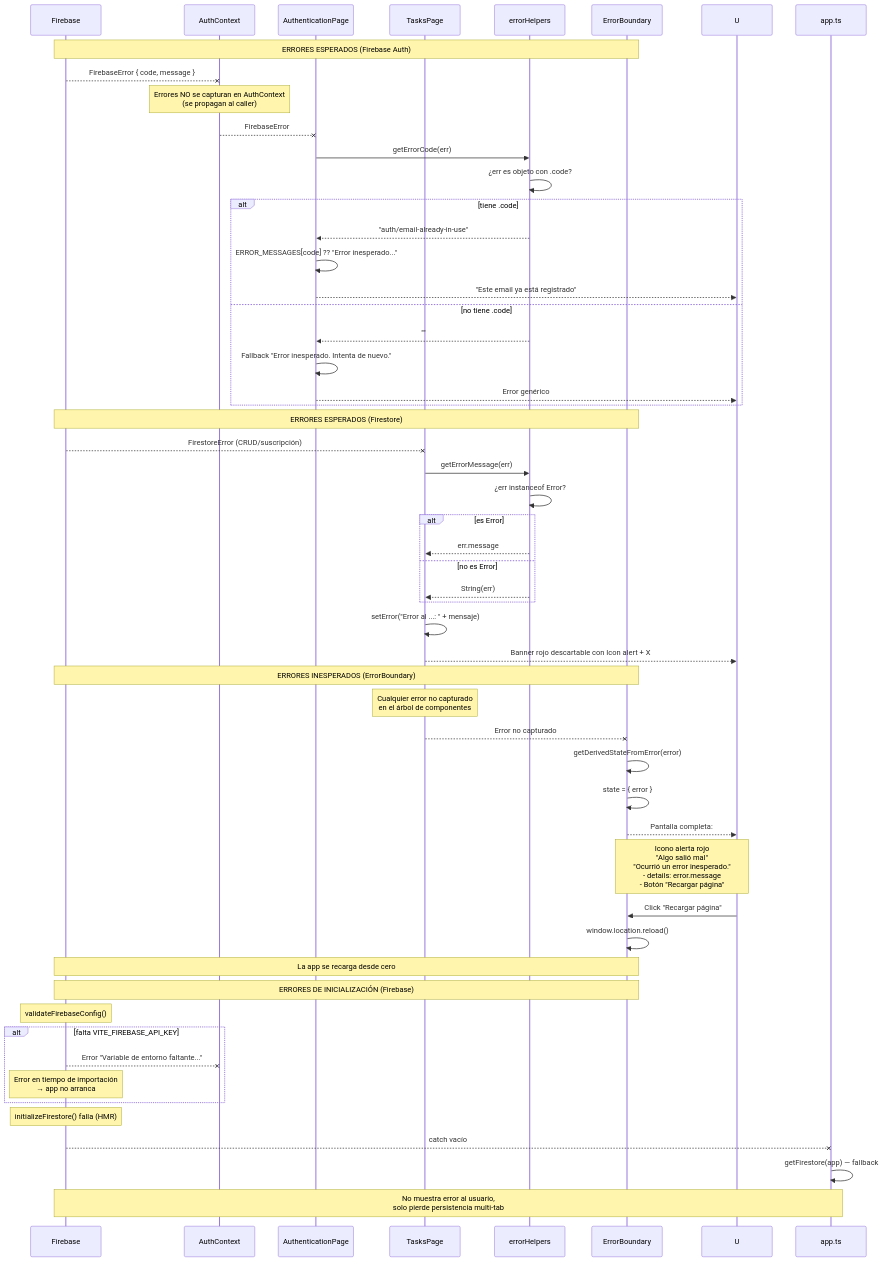
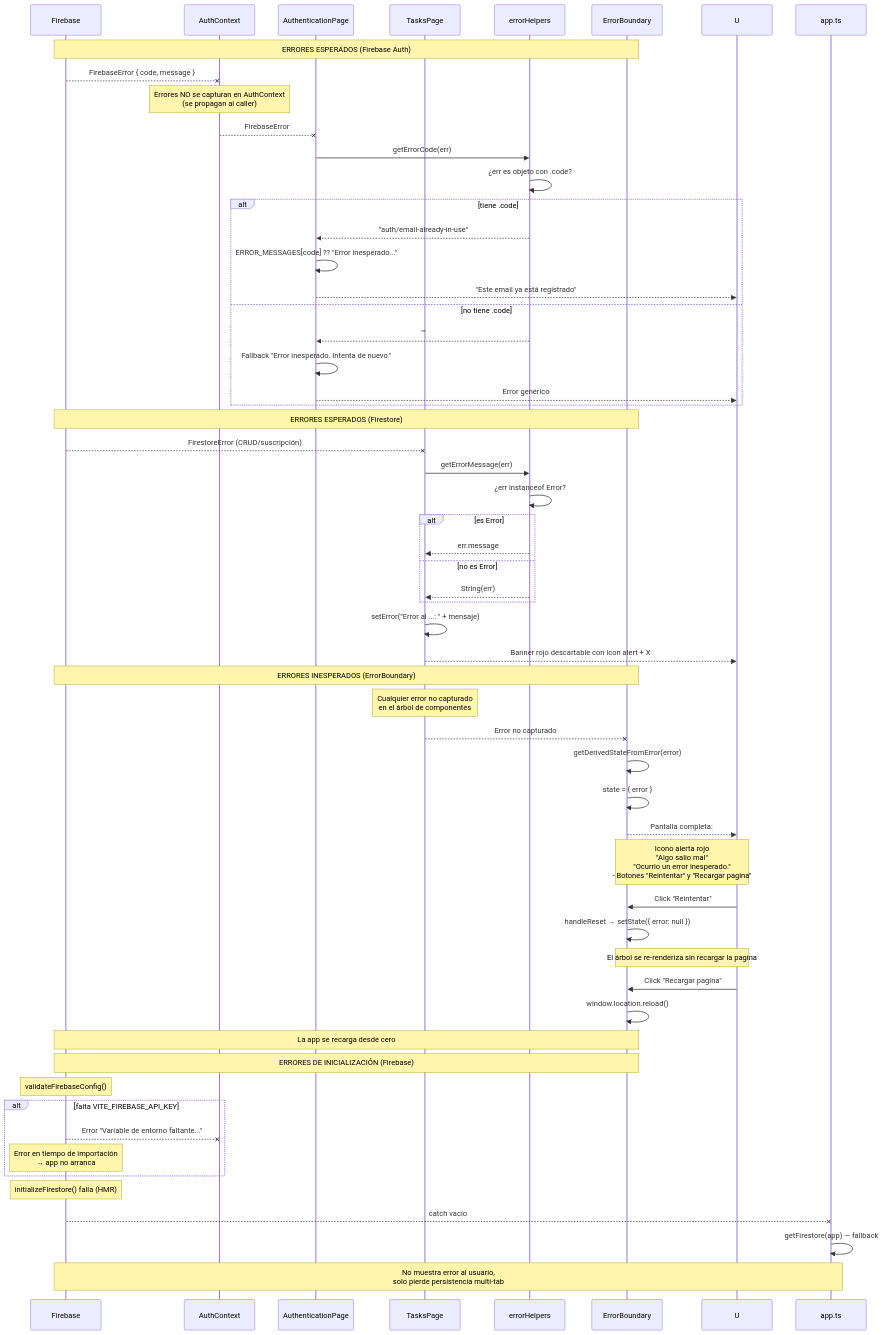
Before and after one commit to AlejoBI/task-manager: the fourth of 4 diagrams in docs/arquitectura.md, drawn with Mermaid. The commit also changed other lines of this file, not shown here.

Commit message:
Update architecture diagrams: ErrorBoundary, rate-limit, overdue, userId params

````diff
--- a/docs/arquitectura.md
+++ b/docs/arquitectura.md
@@ -259,64 +260,67 @@
 ```mermaid
 sequenceDiagram
   participant FA as Firebase
   participant AC as AuthContext
   participant AP as AuthenticationPage
   participant TP as TasksPage
   participant FH as errorHelpers
   participant EB as ErrorBoundary
 
   Note over FA,EB: ERRORES ESPERADOS (Firebase Auth)
 
   FA--xAC: FirebaseError { code, message }
   Note over AC: Errores NO se capturan en AuthContext<br/>(se propagan al caller)
   AC--xAP: FirebaseError
   AP->>FH: getErrorCode(err)
   FH->>FH: ¿err es objeto con .code?
   alt tiene .code
     FH-->>AP: "auth/email-already-in-use"
     AP->>AP: ERROR_MESSAGES[code] ?? "Error inesperado..."
     AP-->>U: "Este email ya está registrado"
   else no tiene .code
     FH-->>AP: ""
     AP->>AP: Fallback "Error inesperado. Intenta de nuevo."
     AP-->>U: Error genérico
   end
 
   Note over FA,EB: ERRORES ESPERADOS (Firestore)
 
   FA--xTP: FirestoreError (CRUD/suscripción)
   TP->>FH: getErrorMessage(err)
   FH->>FH: ¿err instanceof Error?
   alt es Error
     FH-->>TP: err.message
   else no es Error
     FH-->>TP: String(err)
   end
   TP->>TP: setError("Error al ...: " + mensaje)
   TP-->>U: Banner rojo descartable con Icon alert + X
 
   Note over FA,EB: ERRORES INESPERADOS (ErrorBoundary)
 
   Note over TP: Cualquier error no capturado<br/>en el árbol de componentes
   TP--xEB: Error no capturado
   EB->>EB: getDerivedStateFromError(error)
   EB->>EB: state = { error }
   EB-->>U: Pantalla completa:
-  Note over EB,U: Icono alerta rojo<br/>"Algo salió mal"<br/>"Ocurrió un error inesperado."<br/>- details: error.message<br/>- Botón "Recargar página"
-  U->>EB: Click "Recargar página"
+  Note over EB,U: Icono alerta rojo<br/>"Algo salio mal"<br/>"Ocurrio un error inesperado."<br/>- Botones "Reintentar" y "Recargar pagina"
+  U->>EB: Click "Reintentar"
+  EB->>EB: handleReset → setState({ error: null })
+  Note over EB,U: El árbol se re-renderiza sin recargar la pagina
+  U->>EB: Click "Recargar pagina"
   EB->>EB: window.location.reload()
   Note over FA,EB: La app se recarga desde cero
 
   Note over FA,EB: ERRORES DE INICIALIZACIÓN (Firebase)
 
   Note over FA: validateFirebaseConfig()
   alt falta VITE_FIREBASE_API_KEY
     FA--xAC: Error "Variable de entorno faltante..."
     Note over FA: Error en tiempo de importación<br/>→ app no arranca
   end
 
   Note over FA: initializeFirestore() falla (HMR)
   FA--xapp.ts: catch vacío
   app.ts->>app.ts: getFirestore(app) — fallback
   Note over FA,app.ts: No muestra error al usuario,<br/>solo pierde persistencia multi-tab
 ```
````
